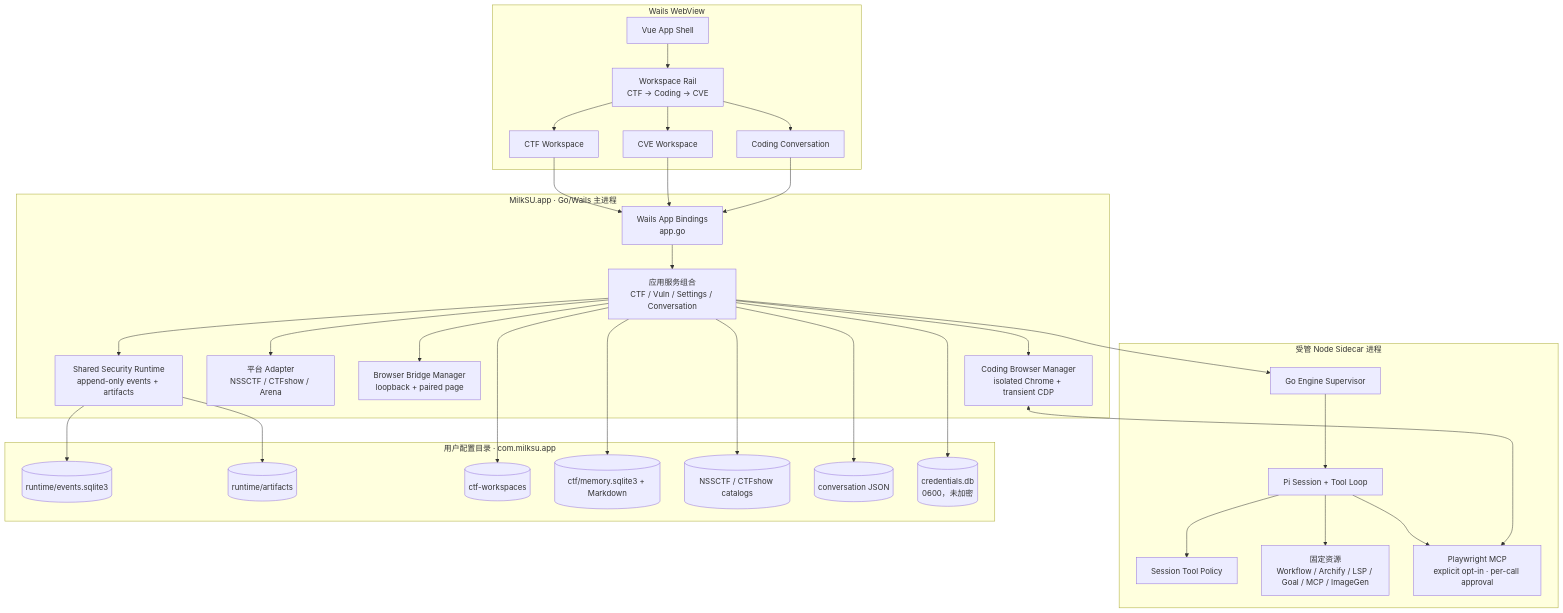
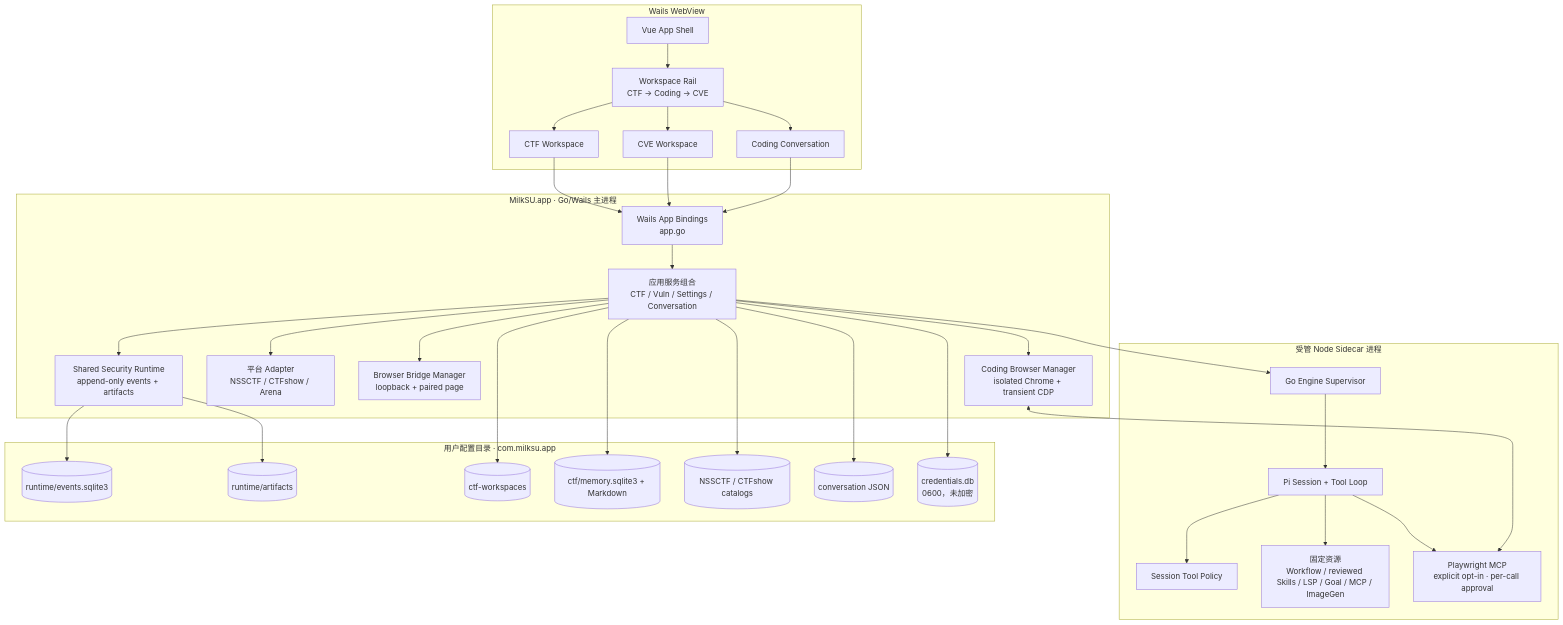
One commit to MilkSU-Official/milksu changed the second of 4 diagrams in docs/architecture/current-system.md. Above: the diagram before and after it, drawn with Mermaid. The commit also changed other lines of this file and 12 other files, not shown here.

````diff
--- a/docs/architecture/current-system.md
+++ b/docs/architecture/current-system.md
@@ -64,63 +65,63 @@
 ```mermaid
 flowchart TB
     subgraph desktop_process["MilkSU.app · Go/Wails 主进程"]
         bindings["Wails App Bindings<br/>app.go"]
         app_services["应用服务组合<br/>CTF / Vuln / Settings / Conversation"]
         security_runtime["Shared Security Runtime<br/>append-only events + artifacts"]
         platform_adapters["平台 Adapter<br/>NSSCTF / CTFshow / Arena"]
         browser_manager["Browser Bridge Manager<br/>loopback + paired page"]
         coding_browser_manager["Coding Browser Manager<br/>isolated Chrome + transient CDP"]
     end
 
     subgraph webview["Wails WebView"]
         shell["Vue App Shell"]
         rail["Workspace Rail<br/>CTF → Coding → CVE"]
         ctf_ui["CTF Workspace"]
         coding_ui["Coding Conversation"]
         cve_ui["CVE Workspace"]
     end
 
     subgraph sidecar_process["受管 Node Sidecar 进程"]
         supervisor["Go Engine Supervisor"]
         pi_session["Pi Session + Tool Loop"]
         policy["Session Tool Policy"]
-        resources["固定资源<br/>Workflow / Archify / LSP / Goal / MCP / ImageGen"]
+        resources["固定资源<br/>Workflow / reviewed Skills / LSP / Goal / MCP / ImageGen"]
         playwright["Playwright MCP<br/>explicit opt-in · per-call approval"]
     end
 
     subgraph user_data["用户配置目录 · com.milksu.app"]
         event_db[("runtime/events.sqlite3")]
         artifacts[("runtime/artifacts")]
         ctf_ws[("ctf-workspaces")]
         ctf_memory[("ctf/memory.sqlite3 + Markdown")]
         catalogs[("NSSCTF / CTFshow catalogs")]
         conversations[("conversation JSON")]
         credentials[("credentials.db<br/>0600，未加密")]
     end
 
     shell --> rail
     rail --> ctf_ui
     rail --> cve_ui
     rail --> coding_ui
     ctf_ui --> bindings
     cve_ui --> bindings
     coding_ui --> bindings
     bindings --> app_services
     app_services --> security_runtime
     app_services --> platform_adapters
     app_services --> browser_manager
     app_services --> coding_browser_manager
     app_services --> supervisor
     supervisor --> pi_session
     pi_session --> policy
     pi_session --> resources
     pi_session --> playwright
     coding_browser_manager <--> playwright
     security_runtime --> event_db
     security_runtime --> artifacts
     app_services --> ctf_ws
     app_services --> ctf_memory
     app_services --> catalogs
     app_services --> conversations
     app_services --> credentials
 ```
````
